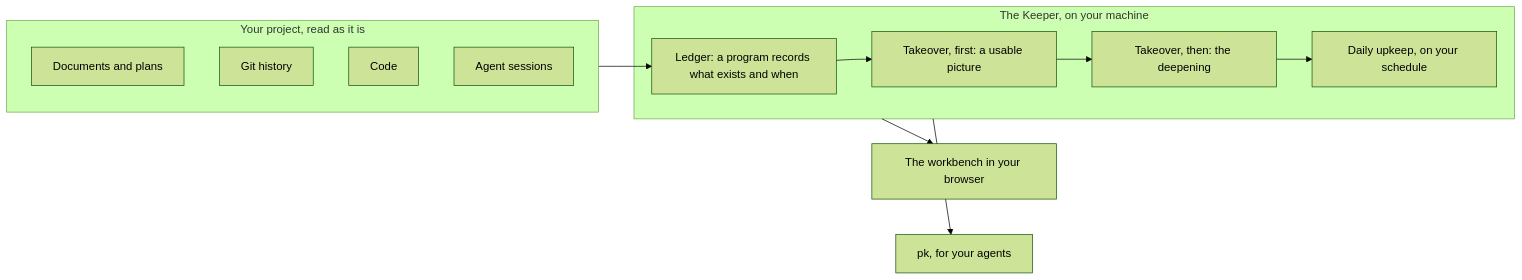
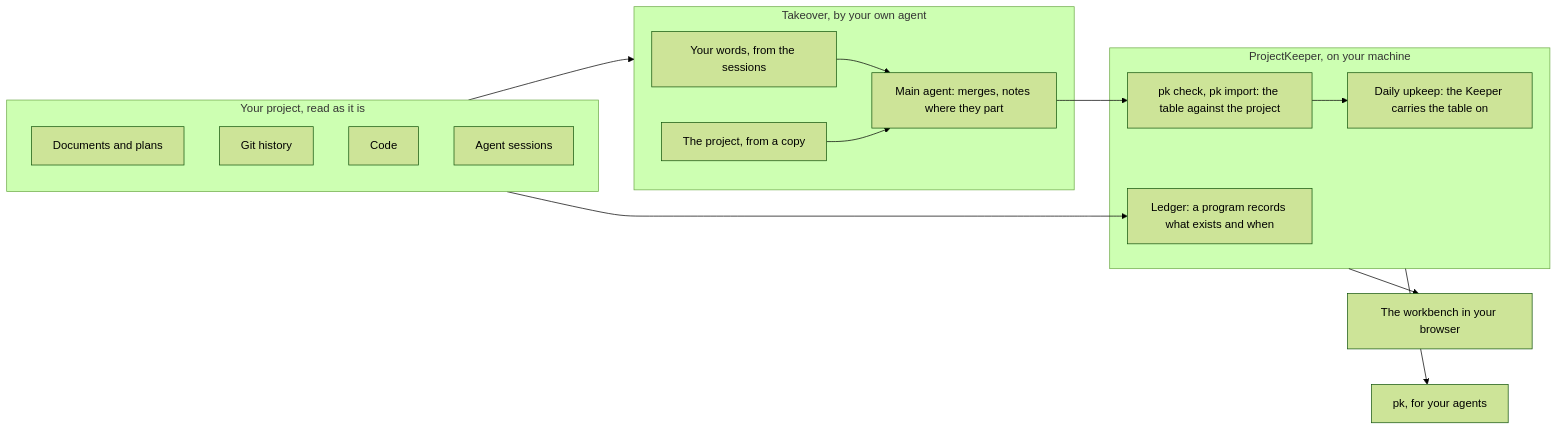
One commit to feiyanglyy-stack/ProjectKeeper changed the diagram in README.md. Above: the diagram before and after it, drawn with Mermaid (forest theme). The commit also changed other lines of this file and 2 other files, not shown here.

````diff
--- a/README.md
+++ b/README.md
@@ -176,19 +201,27 @@
 ```mermaid
 flowchart LR
   subgraph P["Your project, read as it is"]
     D["Documents and plans"]
     G["Git history"]
     C["Code"]
     S["Agent sessions"]
   end
-  subgraph K["The Keeper, on your machine"]
+  subgraph T["Takeover, by your own agent"]
+    O["Your words, from the sessions"]
+    R["The project, from a copy"]
+    M["Main agent: merges, notes where they part"]
+    O --> M
+    R --> M
+  end
+  subgraph K["ProjectKeeper, on your machine"]
     L["Ledger: a program records what exists and when"]
-    F["Takeover, first: a usable picture"]
-    E["Takeover, then: the deepening"]
-    U["Daily upkeep, on your schedule"]
-    L --> F --> E --> U
+    C2["pk check, pk import: the table against the project"]
+    U["Daily upkeep: the Keeper carries the table on"]
   end
   P --> L
+  P --> T
+  M --> C2
+  C2 --> U
   K --> W["The workbench in your browser"]
   K --> A["pk, for your agents"]
 ```
````
